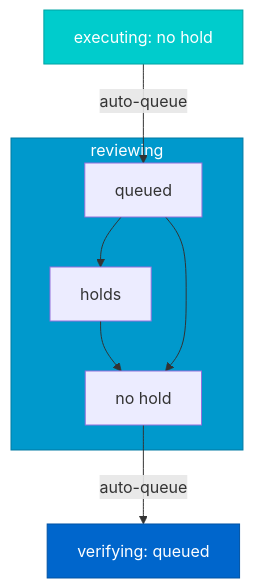
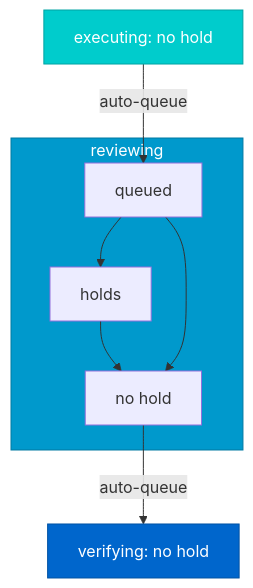
Before and after one commit to Mharbulous/StoryTree: the diagram in claude/skills/story-tree/references/workflow4-reviewing.md, drawn with Mermaid. The commit also changed 6 other files, not shown here.

````diff
--- a/claude/skills/story-tree/references/workflow4-reviewing.md
+++ b/claude/skills/story-tree/references/workflow4-reviewing.md
@@ -9,22 +9,22 @@
 ```mermaid
 flowchart TB
     executing[executing: no hold] -->|auto-queue| r_q
 
     subgraph review_stage [reviewing]
         r_q[queued]
         r_h[holds]
         r_clear[no hold]
         r_q --> r_h
         r_h --> r_clear
         r_q --> r_clear
     end
 
-    r_clear -->|auto-queue| verifying[verifying: queued]
+    r_clear -->|auto-queue| verifying[verifying: no hold]
 
     classDef executingBox fill:#00CCCC,stroke:#00A3A3,color:#fff
     classDef reviewingBox fill:#0099CC,stroke:#007AA3,color:#fff
     classDef verifyingBox fill:#0066CC,stroke:#0052A3,color:#fff
     class executing executingBox
     class review_stage reviewingBox
     class verifying verifyingBox
 ```
````
